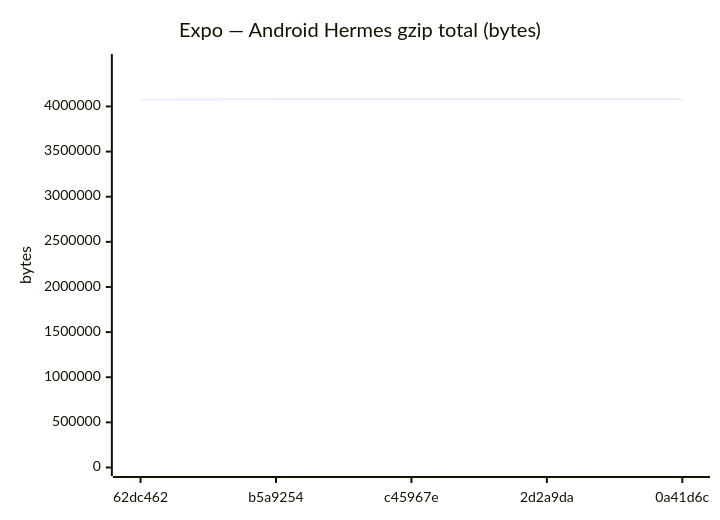
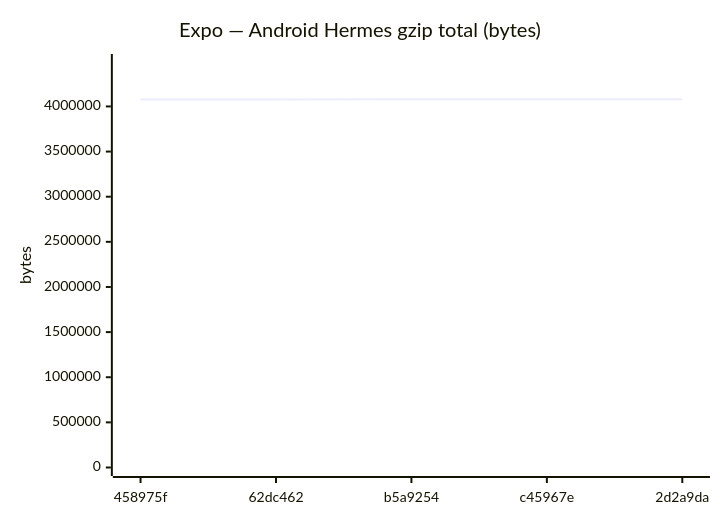
Before and after one commit to Metaheurist/Rianell: diagram 11 of 18 in benchmarks/compare.md, drawn with Mermaid. The commit also changed other lines of this file and 11 other files, not shown here.

````diff
--- a/benchmarks/compare.md
+++ b/benchmarks/compare.md
@@ -172,7 +172,7 @@
 ```mermaid
 xychart-beta
     title "Expo — Android Hermes gzip total (bytes)"
-    x-axis ["62dc462", "b5a9254", "c45967e", "2d2a9da", "0a41d6c"]
-    y-axis "bytes" 0 --> 4486787
-    line [4077340, 4078885, 4078896, 4078895, 4078897]
+    x-axis ["458975f", "62dc462", "b5a9254", "c45967e", "2d2a9da"]
+    y-axis "bytes" 0 --> 4486786
+    line [4077341, 4077340, 4078885, 4078896, 4078895]
 ```
````
